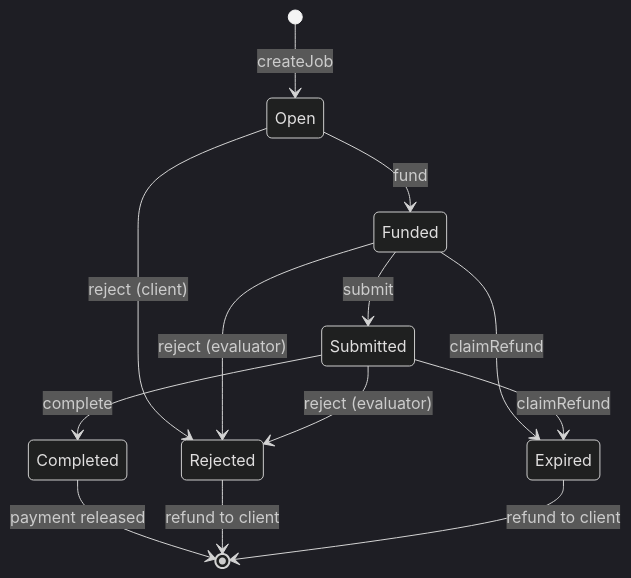
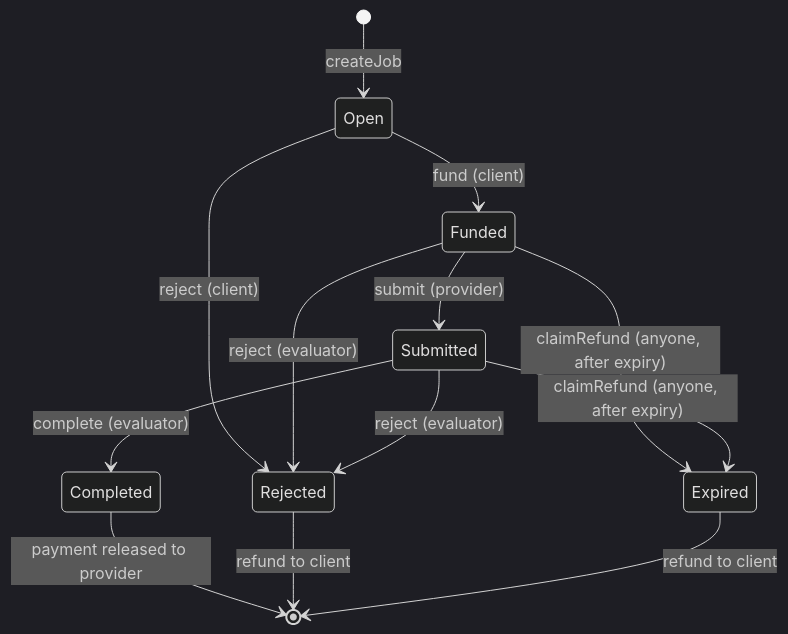
One commit to qntx/market-contract changed the diagram in README.md. Above: the diagram before and after it, drawn with Mermaid (dark theme). The commit also changed other lines of this file and 4 other files, not shown here.

````diff
--- a/README.md
+++ b/README.md
@@ -9,15 +26,15 @@
 ```mermaid
 stateDiagram-v2
     [*] --> Open: createJob
-    Open --> Funded: fund
+    Open --> Funded: fund (client)
     Open --> Rejected: reject (client)
-    Funded --> Submitted: submit
+    Funded --> Submitted: submit (provider)
     Funded --> Rejected: reject (evaluator)
-    Funded --> Expired: claimRefund
-    Submitted --> Completed: complete
+    Funded --> Expired: claimRefund (anyone, after expiry)
+    Submitted --> Completed: complete (evaluator)
     Submitted --> Rejected: reject (evaluator)
-    Submitted --> Expired: claimRefund
-    Completed --> [*]: payment released
+    Submitted --> Expired: claimRefund (anyone, after expiry)
+    Completed --> [*]: payment released to provider
     Rejected --> [*]: refund to client
     Expired --> [*]: refund to client
 ```
````
